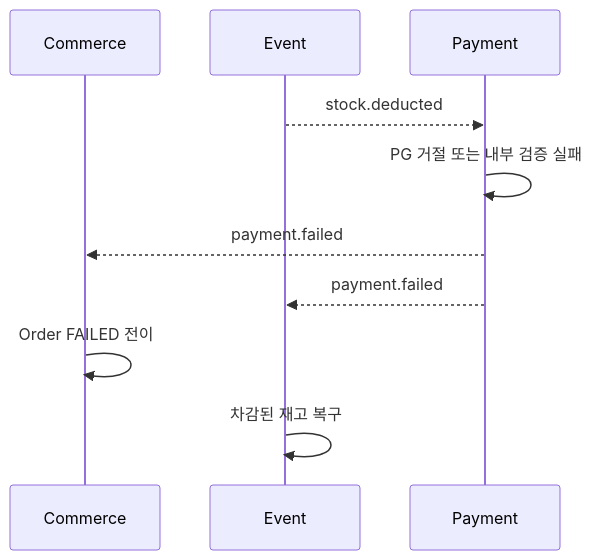
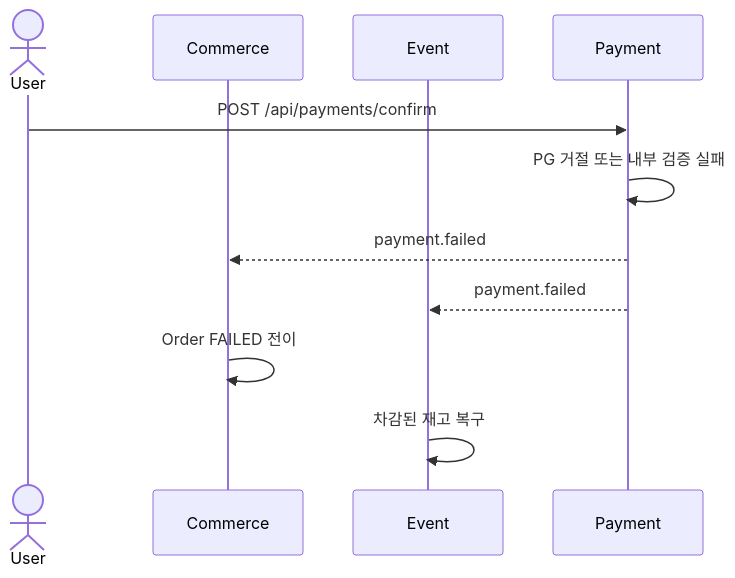
One commit to prgrms-be-adv-devcourse/beadv5_1_HeadbuttingDinosaur_BE changed the third of 8 diagrams in docs/kafka-impl-plan.md. Above: the diagram before and after it, drawn with Mermaid. The commit also changed other lines of this file and 3 other files, not shown here.

````diff
--- a/docs/kafka-impl-plan.md
+++ b/docs/kafka-impl-plan.md
@@ -82,14 +114,15 @@
 ```mermaid
 sequenceDiagram
+    actor User
     participant Commerce
     participant Event
     participant Payment
 
-    Event-->>Payment: stock.deducted
+    User->>Payment: POST /api/payments/confirm
     Payment->>Payment: PG 거절 또는 내부 검증 실패
     Payment-->>Commerce: payment.failed
     Payment-->>Event: payment.failed
 
     Commerce->>Commerce: Order FAILED 전이
     Event->>Event: 차감된 재고 복구
 ```
````
